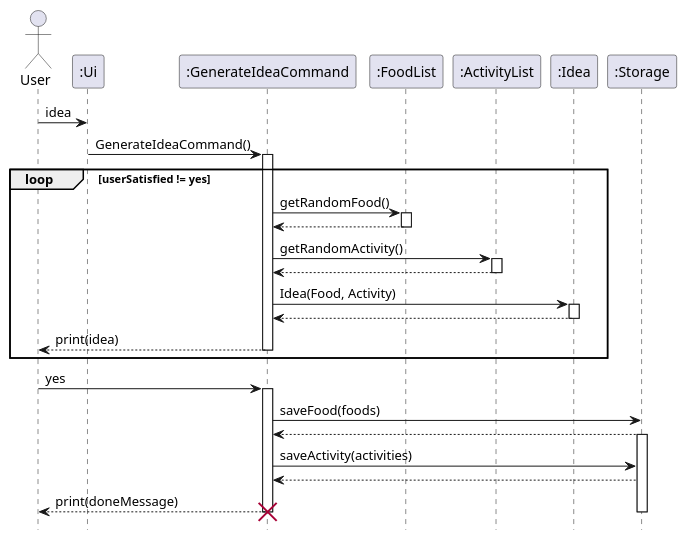
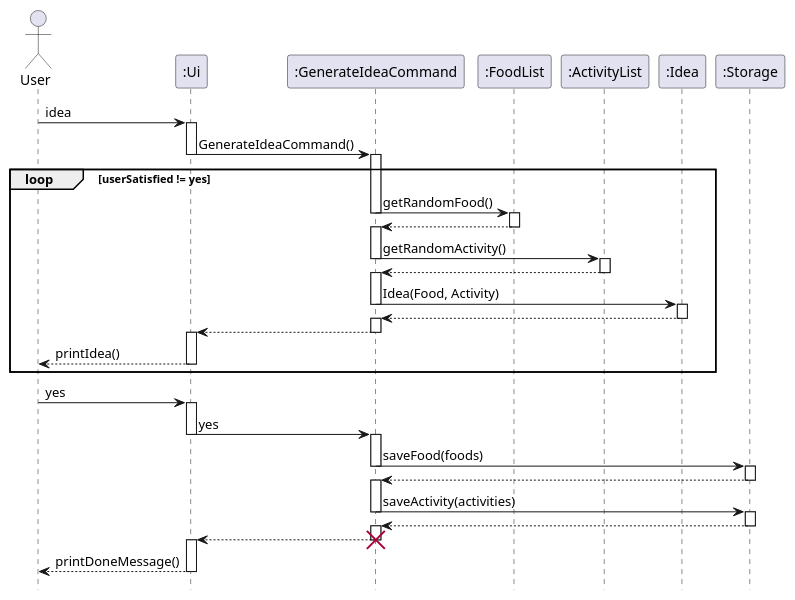
The diagram in docs/diagrams/GenerateIdeaCommandSequenceDiagram.puml (RyanTDL/tp), drawn with PlantUML before and after one commit. The commit also changed 1 other file, not shown here.

Commit message:
Update GenerateIdeaCommand sequence diagram based on peer feedback

```diff
--- a/docs/diagrams/GenerateIdeaCommandSequenceDiagram.puml
+++ b/docs/diagrams/GenerateIdeaCommandSequenceDiagram.puml
@@ -1,48 +1,72 @@
 @startuml
 'https://plantuml.com/sequence-diagram
 hide footbox
 
 actor User as User
 participant ":Ui" as Ui
 participant ":GenerateIdeaCommand" as GenerateIdeaCommand
 participant ":FoodList" as FoodList
 participant ":ActivityList" as ActivityList
 participant ":Idea" as Idea
 participant ":Storage" as Storage
 
 User -> Ui: idea
+activate Ui
 Ui -> GenerateIdeaCommand: GenerateIdeaCommand()
+deactivate Ui
 activate GenerateIdeaCommand
 
 loop userSatisfied != yes
     GenerateIdeaCommand -> FoodList: getRandomFood()
+    deactivate GenerateIdeaCommand
     activate FoodList
     FoodList --> GenerateIdeaCommand
     deactivate FoodList
+    activate GenerateIdeaCommand
+
 
     GenerateIdeaCommand -> ActivityList: getRandomActivity()
+    deactivate GenerateIdeaCommand
     activate ActivityList
     ActivityList --> GenerateIdeaCommand
     deactivate ActivityList
+    activate GenerateIdeaCommand
 
     GenerateIdeaCommand -> Idea: Idea(Food, Activity)
+    deactivate GenerateIdeaCommand
     activate Idea
     Idea --> GenerateIdeaCommand:
     deactivate Idea
-    GenerateIdeaCommand --> User: print(idea)
+    activate GenerateIdeaCommand
+    GenerateIdeaCommand --> Ui:
     deactivate GenerateIdeaCommand
+    activate Ui
+    Ui --> User: printIdea()
+    deactivate Ui
 end
 
-User -> GenerateIdeaCommand: yes
+User -> Ui: yes
+activate Ui
+Ui -> GenerateIdeaCommand: yes
+deactivate Ui
 activate GenerateIdeaCommand
 GenerateIdeaCommand -> Storage: saveFood(foods)
+deactivate GenerateIdeaCommand
+activate Storage
 Storage --> GenerateIdeaCommand
+deactivate Storage
+activate GenerateIdeaCommand
+GenerateIdeaCommand -> Storage: saveActivity(activities)
+deactivate GenerateIdeaCommand
 activate Storage
-GenerateIdeaCommand -> Storage: saveActivity(activities)
 Storage --> GenerateIdeaCommand
-GenerateIdeaCommand --> User: print(doneMessage)
 deactivate Storage
+activate GenerateIdeaCommand
+GenerateIdeaCommand --> Ui:
 deactivate GenerateIdeaCommand
 destroy GenerateIdeaCommand
+activate Ui
+Ui --> User: printDoneMessage()
+deactivate Ui
 
 @enduml
```
